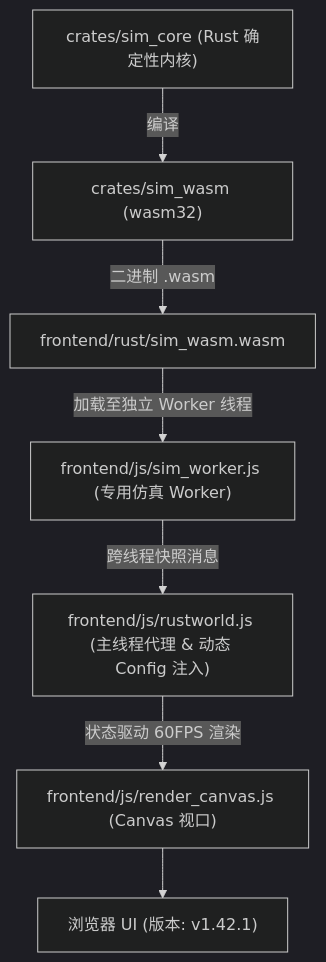
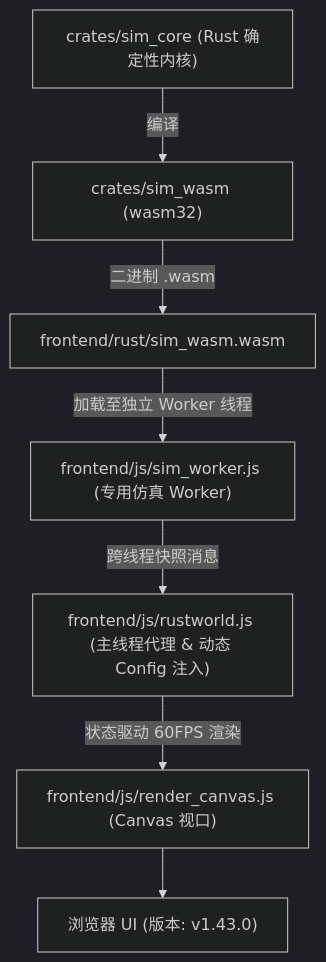
The diagram in AGENTS.md (g39088902/FlowAndAccord), drawn with Mermaid (dark theme) before and after one commit. The commit also changed other lines of this file and 14 other files, not shown here.

````diff
--- a/AGENTS.md
+++ b/AGENTS.md
@@ -53,9 +53,9 @@
 ```mermaid
 graph TD
     A["crates/sim_core (Rust 确定性内核)"] -->|编译| B["crates/sim_wasm (wasm32)"]
     B -->|二进制 .wasm| C["frontend/rust/sim_wasm.wasm"]
     C -->|加载至独立 Worker 线程| D["frontend/js/sim_worker.js (专用仿真 Worker)"]
     D -->|跨线程快照消息| E["frontend/js/rustworld.js (主线程代理 & 动态 Config 注入)"]
     E -->|状态驱动 60FPS 渲染| F["frontend/js/render_canvas.js (Canvas 视口)"]
-    F --> G["浏览器 UI (版本: v1.42.1)"]
+    F --> G["浏览器 UI (版本: v1.43.0)"]
 ```
````
